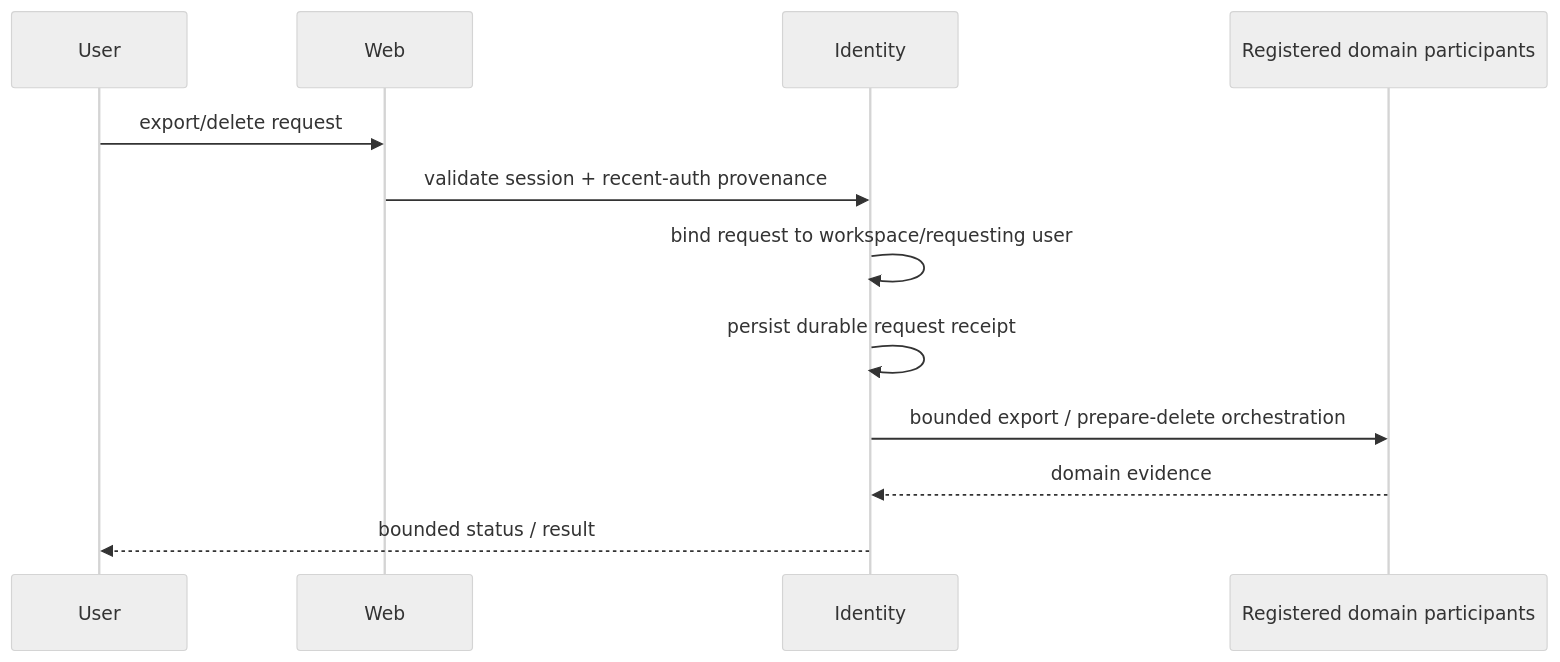
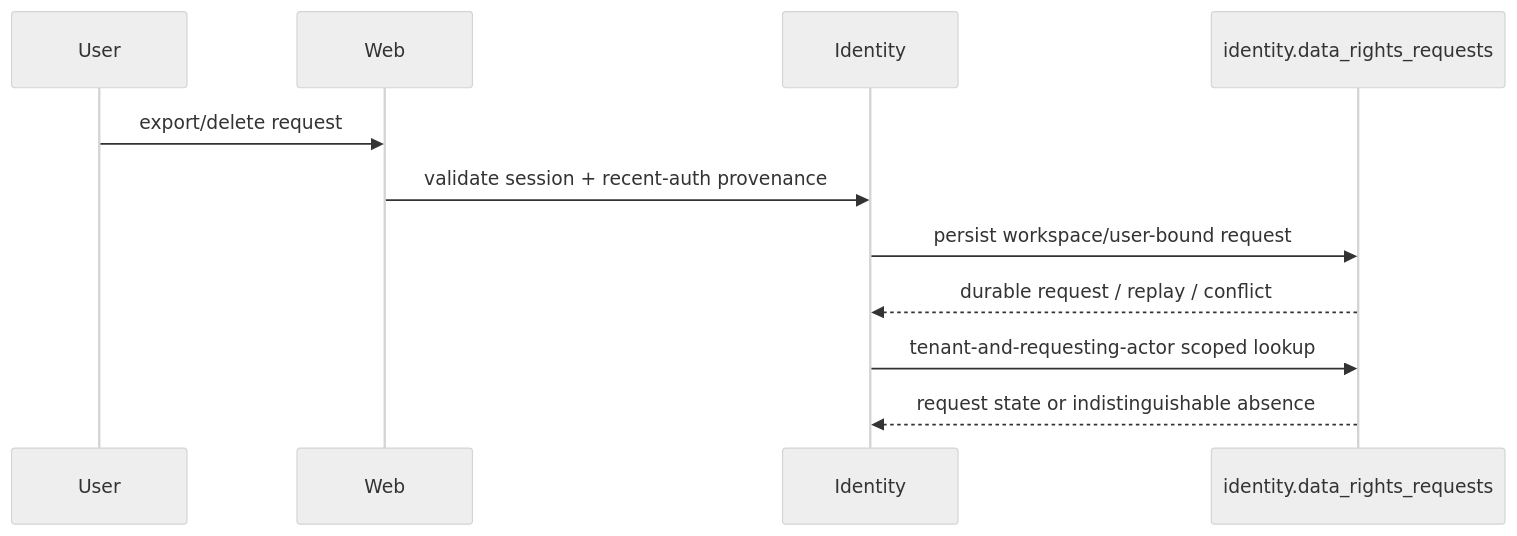
Before and after one commit to ContextualWisdomLab/life-os: the seventh of 14 diagrams in docs/UML.md, drawn with Mermaid (neutral theme). The commit also changed other lines of this file, not shown here.

Commit message:
docs(uml): add rights and verification evidence flows

````diff
--- a/docs/UML.md
+++ b/docs/UML.md
@@ -125,14 +144,13 @@
 ```mermaid
 sequenceDiagram
     participant User
     participant Web
     participant Identity
-    participant Domains as Registered domain participants
+    participant Ledger as identity.data_rights_requests
     User->>Web: export/delete request
     Web->>Identity: validate session + recent-auth provenance
-    Identity->>Identity: bind request to workspace/requesting user
-    Identity->>Identity: persist durable request receipt
-    Identity->>Domains: bounded export / prepare-delete orchestration
-    Domains-->>Identity: domain evidence
-    Identity-->>User: bounded status / result
+    Identity->>Ledger: persist workspace/user-bound request
+    Ledger-->>Identity: durable request / replay / conflict
+    Identity->>Ledger: tenant-and-requesting-actor scoped lookup
+    Ledger-->>Identity: request state or indistinguishable absence
 ```
````
